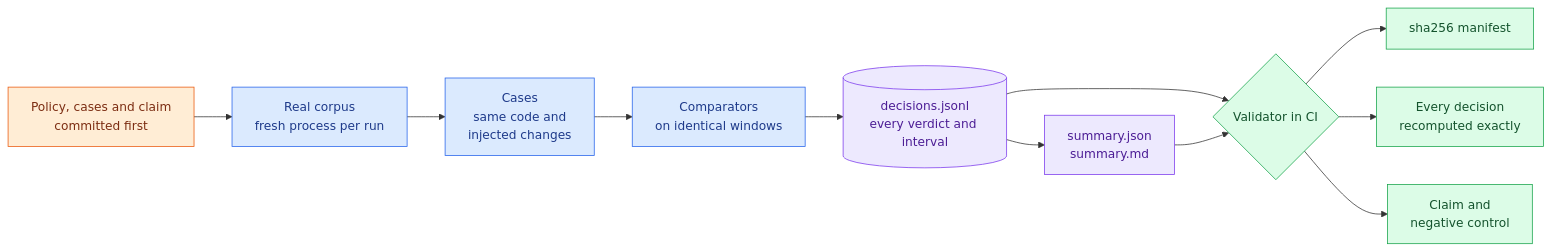
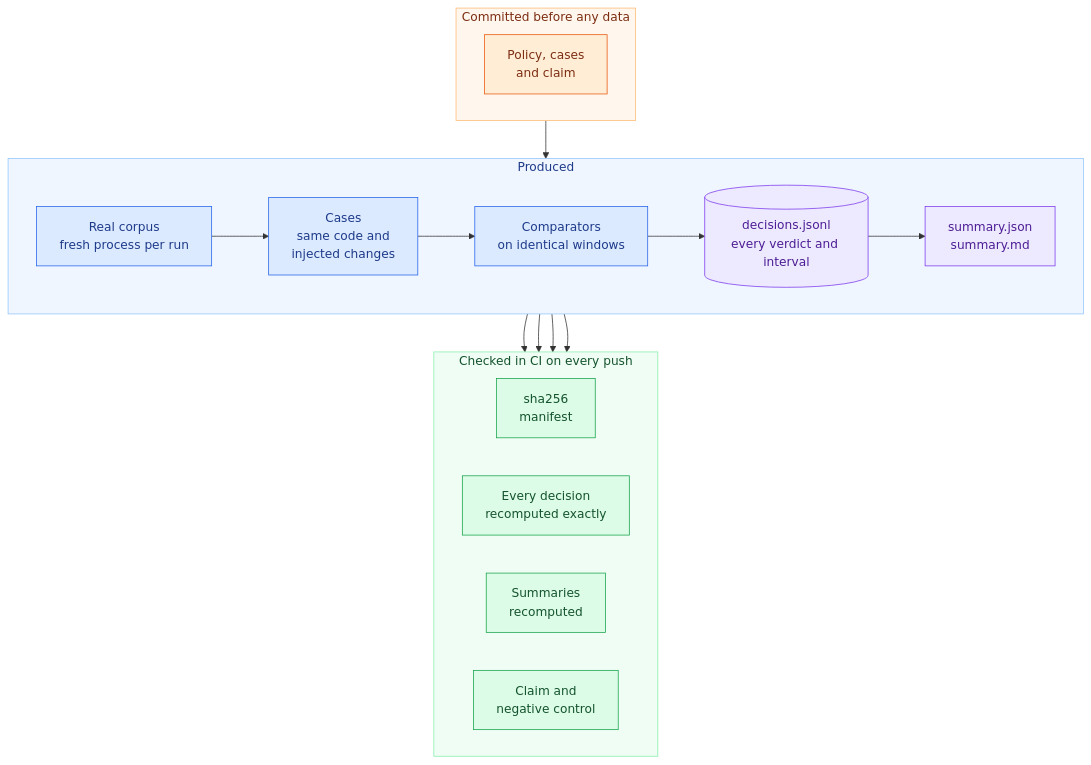
Before and after one commit to rajeev-chaurasia/tracelab: the third of 3 diagrams in README.md, drawn with Mermaid. The commit also changed other lines of this file, not shown here.

Commit message:
Stack the diagrams so they stay legible at the width GitHub renders them

````diff
--- a/README.md
+++ b/README.md
@@ -196,22 +181,38 @@
 ```mermaid
-flowchart LR
-    policy["Policy, cases and claim<br/>committed first"] --> collect["Real corpus<br/>fresh process per run"]
-    collect --> cases["Cases<br/>same code and<br/>injected changes"]
-    cases --> comparators["Comparators<br/>on identical windows"]
-    comparators --> decisions[("decisions.jsonl<br/>every verdict and interval")]
-    decisions --> summary["summary.json<br/>summary.md"]
-    decisions --> validator{"Validator in CI"}
-    summary --> validator
-    validator --> manifest["sha256 manifest"]
-    validator --> rerun["Every decision<br/>recomputed exactly"]
-    validator --> claim["Claim and<br/>negative control"]
+flowchart TB
+    subgraph before["Committed before any data"]
+        direction LR
+        policy["Policy, cases<br/>and claim"]
+    end
+
+    subgraph produce["Produced"]
+        direction LR
+        collect["Real corpus<br/>fresh process per run"] --> cases["Cases<br/>same code and<br/>injected changes"] --> comparators["Comparators<br/>on identical windows"] --> decisions[("decisions.jsonl<br/>every verdict and interval")] --> summary["summary.json<br/>summary.md"]
+    end
+
+    subgraph check["Checked in CI on every push"]
+        direction LR
+        manifest["sha256<br/>manifest"]
+        rerun["Every decision<br/>recomputed exactly"]
+        recount["Summaries<br/>recomputed"]
+        claim["Claim and<br/>negative control"]
+    end
+
+    policy --> collect
+    summary --> manifest
+    summary --> rerun
+    summary --> recount
+    summary --> claim
 
     classDef pre fill:#ffedd5,stroke:#ea580c,color:#7c2d12
     classDef run fill:#dbeafe,stroke:#2563eb,color:#1e3a8a
     classDef pub fill:#ede9fe,stroke:#7c3aed,color:#4c1d95
     classDef chk fill:#dcfce7,stroke:#16a34a,color:#14532d
     class policy pre
     class collect,cases,comparators run
     class decisions,summary pub
-    class validator,manifest,rerun,claim chk
+    class manifest,rerun,recount,claim chk
+    style before fill:#fff7ed,stroke:#fdba74,color:#7c2d12
+    style produce fill:#eff6ff,stroke:#93c5fd,color:#1e3a8a
+    style check fill:#f0fdf4,stroke:#86efac,color:#14532d
 ```
````
